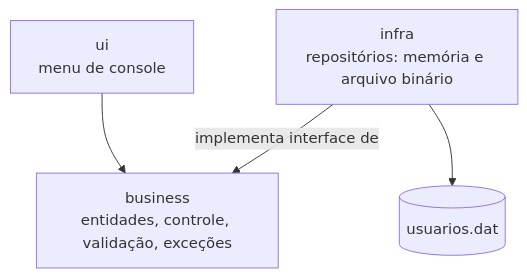
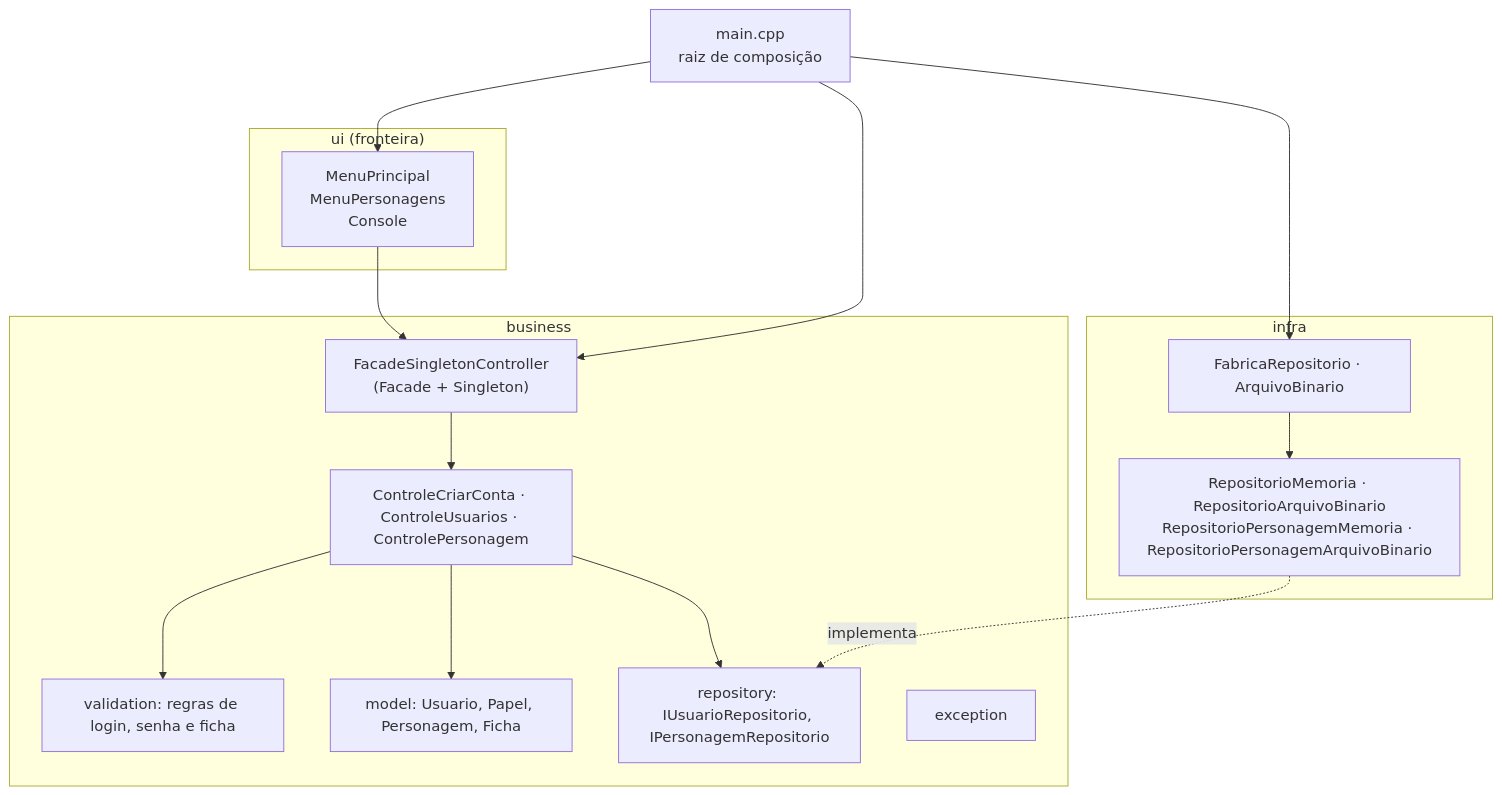
The first of 2 diagrams in docs/07-arquitetura/README.md (isac531/Gerenciador_RPG), drawn with Mermaid before and after one commit. The commit also changed other lines of this file and 20 other files, not shown here.

First line of the commit message:
docs(sprint-3): documentar CRUD de personagem e fachada unica

````diff
--- a/docs/07-arquitetura/README.md
+++ b/docs/07-arquitetura/README.md
@@ -18,10 +19,30 @@
 ```mermaid
 flowchart TB
-    ui["ui<br/>menu de console"]
-    business["business<br/>entidades, controle, validação, exceções"]
-    infra["infra<br/>repositórios: memória e arquivo binário"]
-    arquivo[("usuarios.dat")]
-    ui --> business
-    infra -- implementa interface de --> business
-    infra --> arquivo
+    subgraph ui["ui (fronteira)"]
+        menu["MenuPrincipal<br/>MenuPersonagens<br/>Console"]
+    end
+    subgraph business["business"]
+        fachada["FacadeSingletonController<br/>(Facade + Singleton)"]
+        controles["ControleCriarConta · ControleUsuarios · ControlePersonagem"]
+        regras["validation: regras de login, senha e ficha"]
+        modelo["model: Usuario, Papel, Personagem, Ficha"]
+        contratos["repository: IUsuarioRepositorio, IPersonagemRepositorio"]
+        excecoes["exception"]
+    end
+    subgraph infra["infra"]
+        repos["RepositorioMemoria · RepositorioArquivoBinario<br/>RepositorioPersonagemMemoria · RepositorioPersonagemArquivoBinario"]
+        fabrica["FabricaRepositorio · ArquivoBinario"]
+    end
+    main["main.cpp<br/>raiz de composição"]
+
+    menu --> fachada
+    fachada --> controles
+    controles --> regras
+    controles --> modelo
+    controles --> contratos
+    repos -. implementa .-> contratos
+    fabrica --> repos
+    main --> menu
+    main --> fachada
+    main --> fabrica
 ```
````
